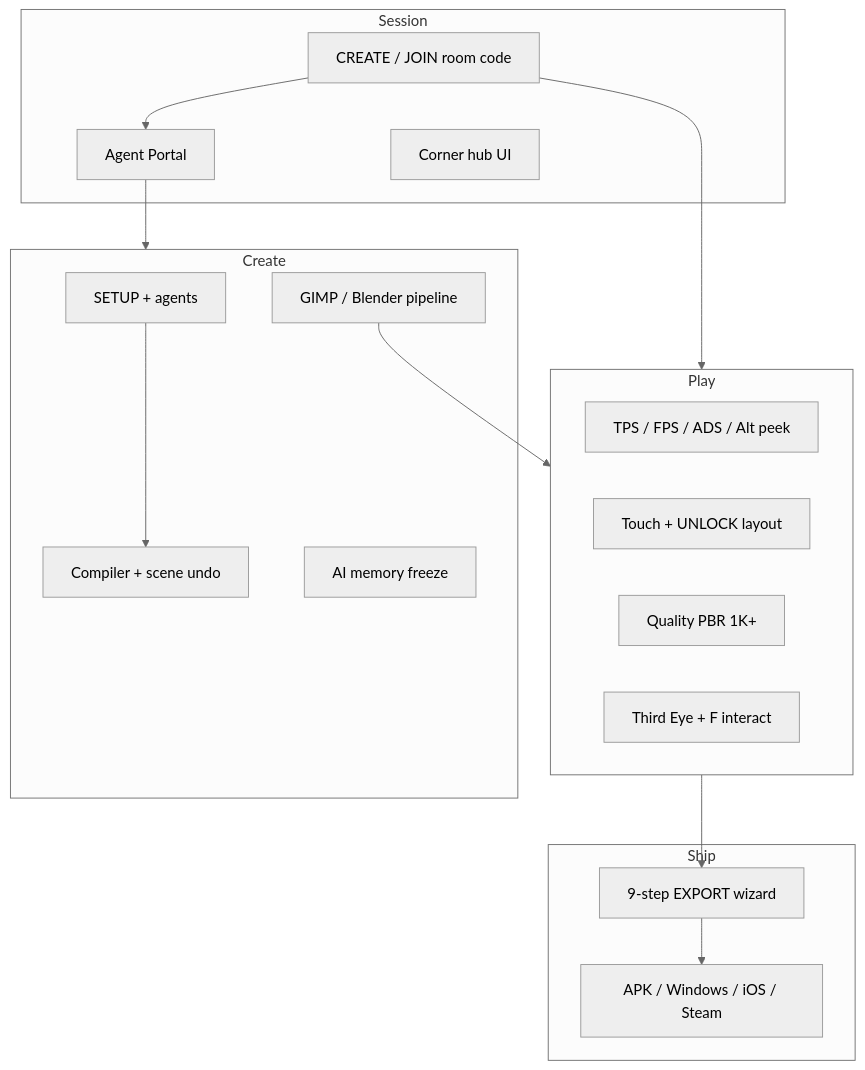
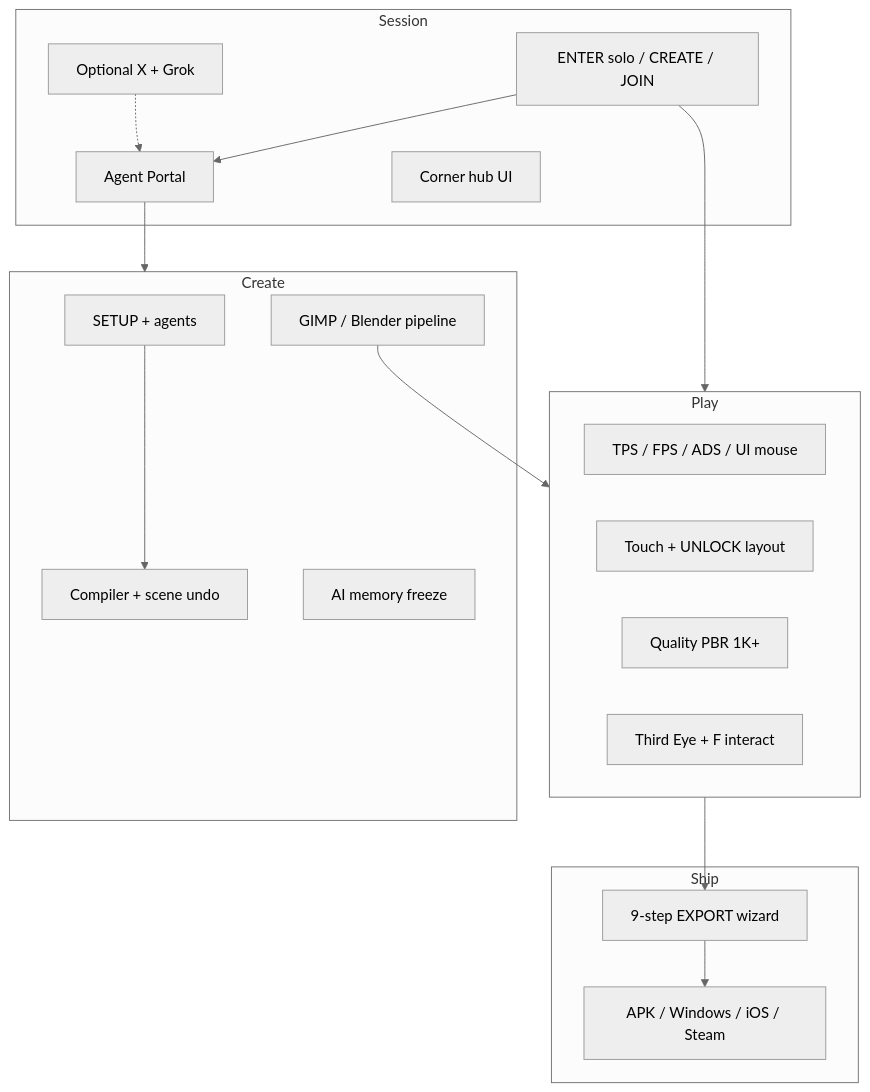
The diagram in docs/README.md (medicinalsheep/threshold), drawn with Mermaid (neutral theme) before and after one commit. The commit also changed other lines of this file and 25 other files, not shown here.

First line of the commit message:
docs: sweep for lobby/auth truth + correctness

````diff
--- a/docs/README.md
+++ b/docs/README.md
@@ -24,29 +24,31 @@
 ```mermaid
 flowchart TB
     subgraph session [Session]
-        LOBBY[CREATE / JOIN room code]
+        LOBBY[ENTER solo / CREATE / JOIN]
         PORTAL[Agent Portal]
         HUBS[Corner hub UI]
+        AUTH[Optional X + Grok]
     end
     subgraph play [Play]
-        TPS[TPS / FPS / ADS / Alt peek]
+        TPS[TPS / FPS / ADS / UI mouse]
         TOUCH[Touch + UNLOCK layout]
         PBR[Quality PBR 1K+]
         TE[Third Eye + F interact]
     end
     subgraph create [Create]
         SETUP[SETUP + agents]
         COMP[Compiler + scene undo]
         ART[GIMP / Blender pipeline]
         FREEZE[AI memory freeze]
     end
     subgraph ship [Ship]
         EXP[9-step EXPORT wizard]
         NAT[APK / Windows / iOS / Steam]
     end
     LOBBY --> PORTAL --> create
     LOBBY --> play
+    AUTH -.-> PORTAL
     SETUP --> COMP
     ART --> play
     play --> EXP --> NAT
 ```
````
